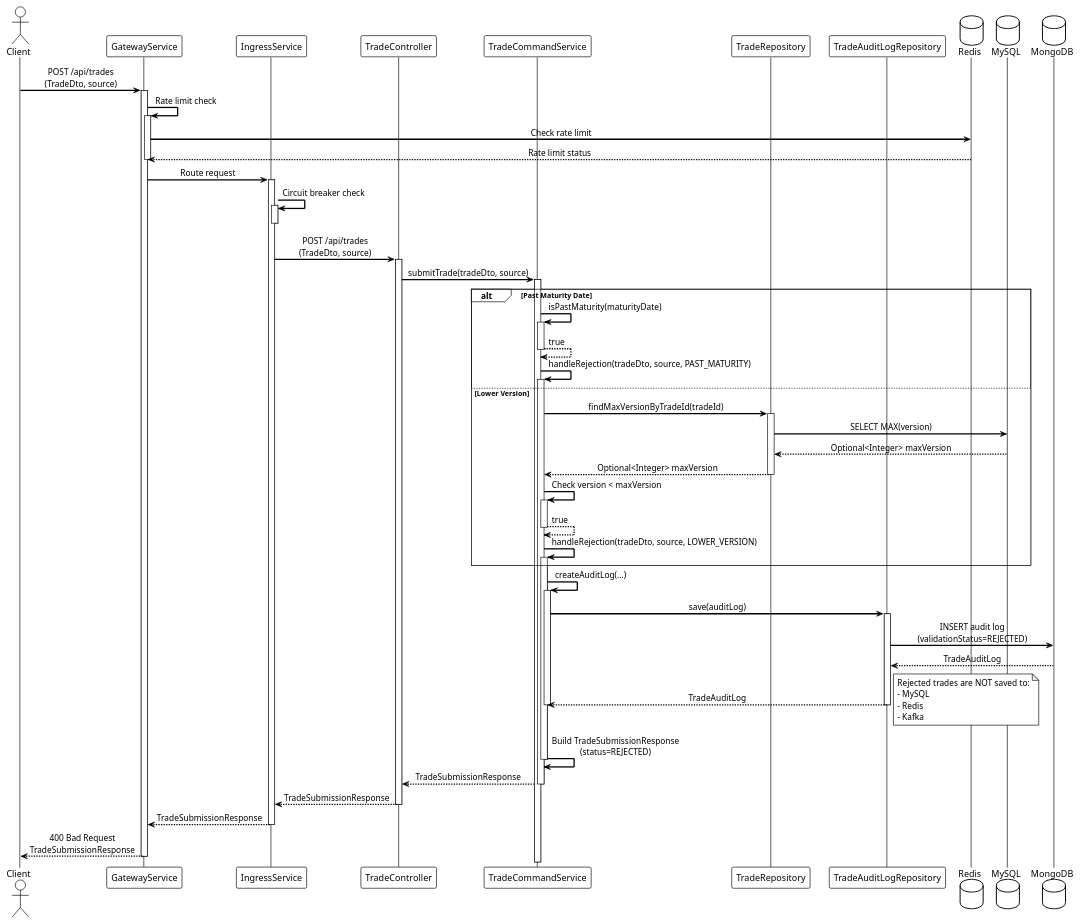
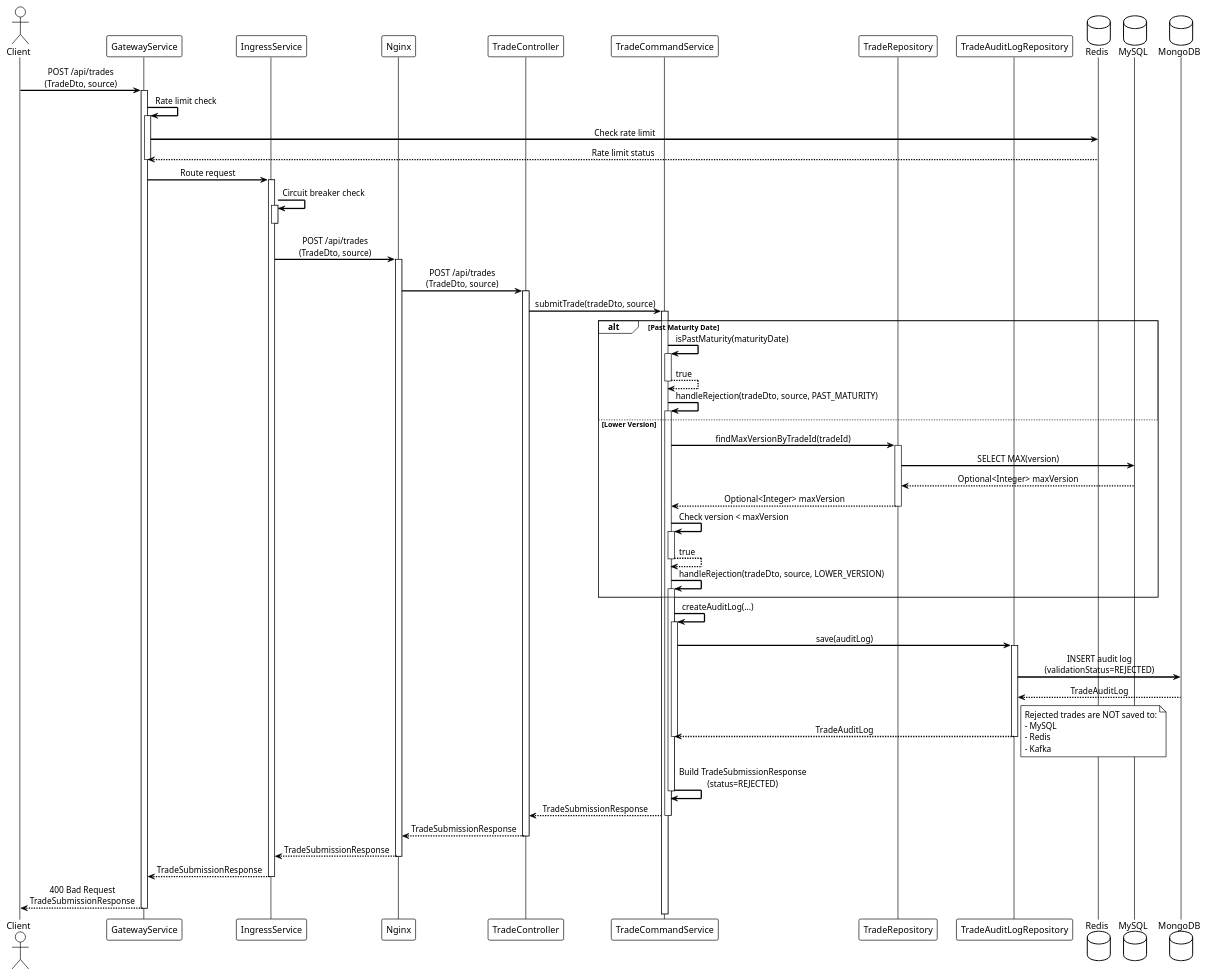
The diagram in backend/diagrams/sequence-trade-submission-rejected.puml (mukizonese/trade-platform), drawn with PlantUML before and after one commit. The commit also changed 6 other files, not shown here.

Commit message:
PlantUML diagrams updated to NGINX proxy between Trade service

```diff
--- a/backend/diagrams/sequence-trade-submission-rejected.puml
+++ b/backend/diagrams/sequence-trade-submission-rejected.puml
@@ -1,94 +1,101 @@
 @startuml Trade Submission - Rejected
 
 !theme plain
 skinparam backgroundColor #FFFFFF
 skinparam sequenceMessageAlign center
 skinparam sequenceArrowThickness 2
 
 actor Client
 participant GatewayService
 participant IngressService
+participant Nginx
 participant TradeController
 participant TradeCommandService
 participant TradeRepository
 participant TradeAuditLogRepository
 database Redis
 database MySQL
 database MongoDB
 
 Client -> GatewayService: POST /api/trades\n(TradeDto, source)
 activate GatewayService
 
 GatewayService -> GatewayService: Rate limit check
 activate GatewayService
 GatewayService -> Redis: Check rate limit
 Redis --> GatewayService: Rate limit status
 deactivate GatewayService
 
 GatewayService -> IngressService: Route request
 activate IngressService
 
 IngressService -> IngressService: Circuit breaker check
 activate IngressService
 deactivate IngressService
 
-IngressService -> TradeController: POST /api/trades\n(TradeDto, source)
+IngressService -> Nginx: POST /api/trades\n(TradeDto, source)
+activate Nginx
+
+Nginx -> TradeController: POST /api/trades\n(TradeDto, source)
 activate TradeController
 
 TradeController -> TradeCommandService: submitTrade(tradeDto, source)
 activate TradeCommandService
 
 alt Past Maturity Date
     TradeCommandService -> TradeCommandService: isPastMaturity(maturityDate)
     activate TradeCommandService
     TradeCommandService --> TradeCommandService: true
     deactivate TradeCommandService
     
     TradeCommandService -> TradeCommandService: handleRejection(tradeDto, source, PAST_MATURITY)
     activate TradeCommandService
     
 else Lower Version
     TradeCommandService -> TradeRepository: findMaxVersionByTradeId(tradeId)
     activate TradeRepository
     TradeRepository -> MySQL: SELECT MAX(version)
     MySQL --> TradeRepository: Optional<Integer> maxVersion
     TradeRepository --> TradeCommandService: Optional<Integer> maxVersion
     deactivate TradeRepository
     
     TradeCommandService -> TradeCommandService: Check version < maxVersion
     activate TradeCommandService
     TradeCommandService --> TradeCommandService: true
     deactivate TradeCommandService
     
     TradeCommandService -> TradeCommandService: handleRejection(tradeDto, source, LOWER_VERSION)
     activate TradeCommandService
 end
 
 TradeCommandService -> TradeCommandService: createAuditLog(...)
 activate TradeCommandService
 TradeCommandService -> TradeAuditLogRepository: save(auditLog)
 activate TradeAuditLogRepository
 TradeAuditLogRepository -> MongoDB: INSERT audit log\n(validationStatus=REJECTED)
 MongoDB --> TradeAuditLogRepository: TradeAuditLog
 TradeAuditLogRepository --> TradeCommandService: TradeAuditLog
 deactivate TradeAuditLogRepository
 deactivate TradeCommandService
 
 note right: Rejected trades are NOT saved to:\n- MySQL\n- Redis\n- Kafka
 
 TradeCommandService -> TradeCommandService: Build TradeSubmissionResponse\n(status=REJECTED)
 deactivate TradeCommandService
 
 TradeCommandService --> TradeController: TradeSubmissionResponse
 deactivate TradeCommandService
 
-TradeController --> IngressService: TradeSubmissionResponse
+TradeController --> Nginx: TradeSubmissionResponse
 deactivate TradeController
+
+Nginx --> IngressService: TradeSubmissionResponse
+deactivate Nginx
 
 IngressService --> GatewayService: TradeSubmissionResponse
 deactivate IngressService
 
 GatewayService --> Client: 400 Bad Request\nTradeSubmissionResponse
 deactivate GatewayService
 
 @enduml
```
